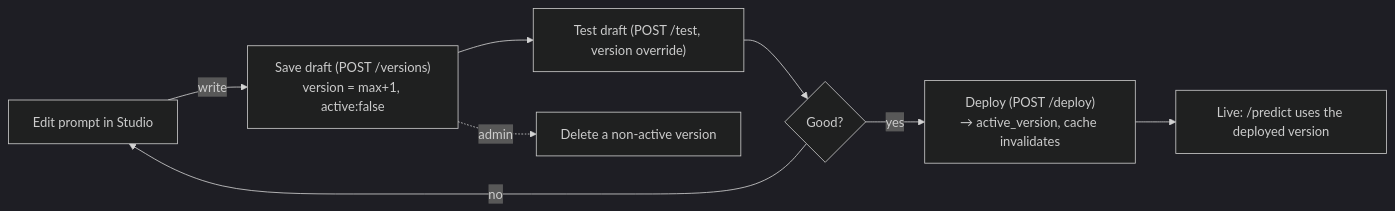
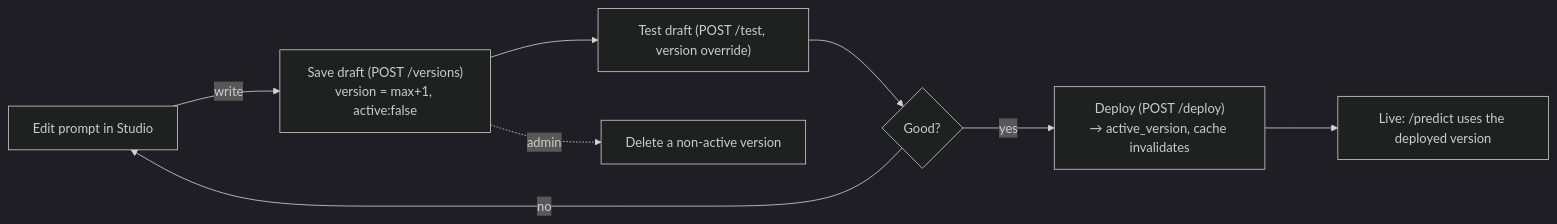
The fourth of 4 diagrams in docs/repo_work_doc.md (Anushka-meesho/llm_platform), drawn with Mermaid (dark theme) before and after one commit. The commit also changed other lines of this file and 10 other files, not shown here.

````diff
--- a/docs/repo_work_doc.md
+++ b/docs/repo_work_doc.md
@@ -393,10 +371,11 @@
 ```mermaid
+%%{init: {'flowchart': {'nodeSpacing': 60, 'rankSpacing': 90, 'curve': 'basis', 'useMaxWidth': true}}}%%
 flowchart LR
-  E["Edit prompt in Studio"] -->|"write"| D["Save draft (POST /versions)\nversion = max+1, active:false"]
+  E["Edit prompt in Studio"] -->|"write"| D["Save draft (POST /versions)<br/>version = max+1, active:false"]
   D --> T["Test draft (POST /test, version override)"]
   T --> P{"Good?"}
   P -- "no" --> E
-  P -- "yes" --> DP["Deploy (POST /deploy)\n→ active_version, cache invalidates"]
+  P -- "yes" --> DP["Deploy (POST /deploy)<br/>→ active_version, cache invalidates"]
   DP --> L["Live: /predict uses the deployed version"]
   D -. "admin" .-> X["Delete a non-active version"]
 ```
````
